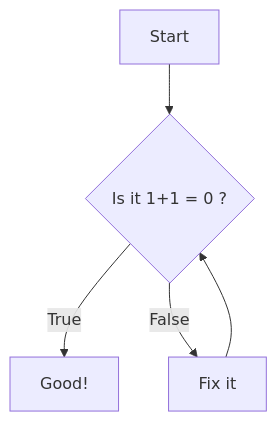
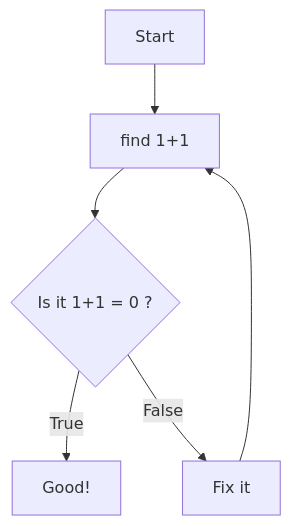
Before and after one commit to RattanArt/Model: the second of 2 diagrams in slideA.md, drawn with Mermaid.

```diff
--- a/slideA.md
+++ b/slideA.md
@@ -12,7 +12,8 @@
 <div class="mermaid">
 graph TD
-    A[Start] --> B{Is it 1+1 = 0 ?}
-    B -- True --> C[Good!]
-    B -- False --> D[Fix it]
-    D --> B
+	A[Start] --> E[find 1+1]
+	E --> B{Is it 1+1 = 0 ?}
+	B -- True --> C[Good!]
+	B -- False --> D[Fix it]
+	D --> E
 </div>
```
